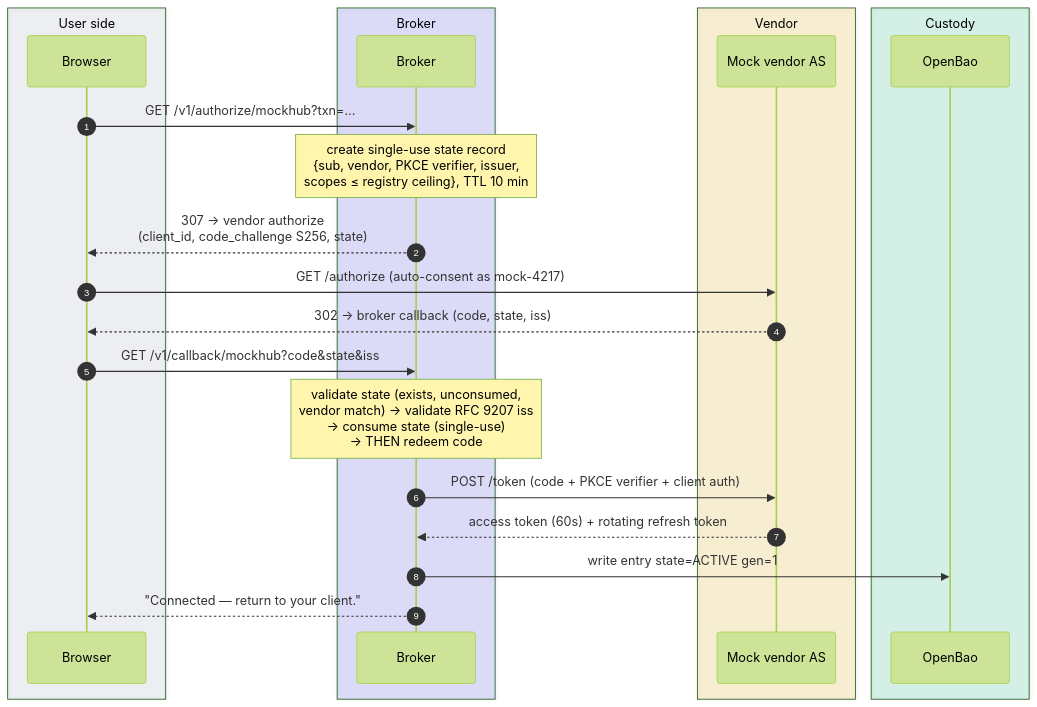
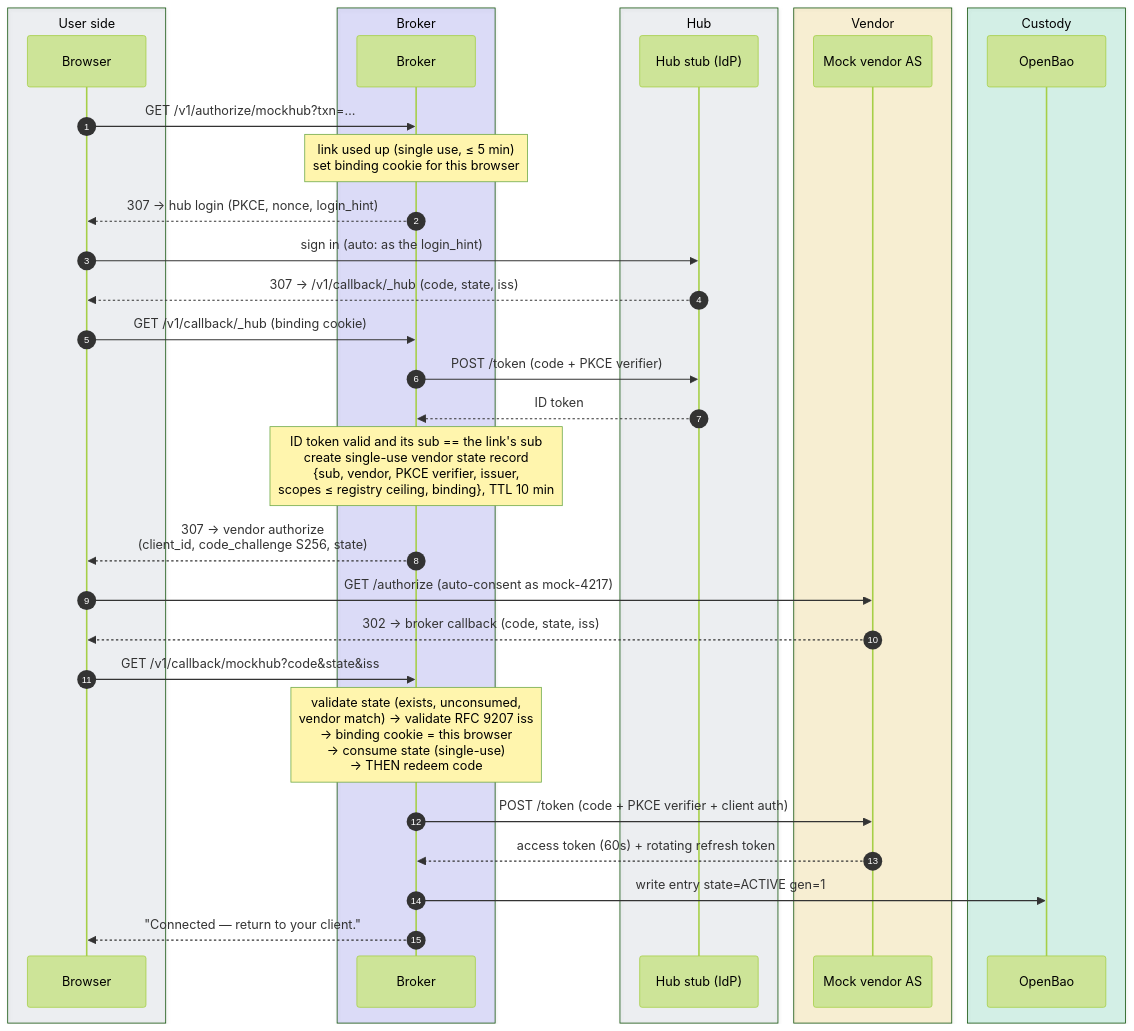
The third of 7 diagrams in docs/smoke-tests.md (chief-builder/vendor-token-broker), drawn with Mermaid (forest theme) before and after one commit. The commit also changed other lines of this file and 24 other files, not shown here.

First line of the commit message:
fix: bind consent to the hub-authenticated user and the browser

````diff
--- a/docs/smoke-tests.md
+++ b/docs/smoke-tests.md
@@ -157,27 +171,37 @@
 ```mermaid
 sequenceDiagram
     autonumber
     box rgba(148,163,184,0.14) User side
         participant UA as Browser
     end
     box rgba(99,102,241,0.20) Broker
         participant B as Broker
     end
+    box rgba(148,163,184,0.14) Hub
+        participant H as Hub stub (IdP)
+    end
     box rgba(234,179,8,0.16) Vendor
         participant M as Mock vendor AS
     end
     box rgba(16,185,129,0.16) Custody
         participant V as OpenBao
     end
     UA->>B: GET /v1/authorize/mockhub?txn=…
-    Note over B: create single-use state record<br/>{sub, vendor, PKCE verifier, issuer,<br/>scopes ≤ registry ceiling}, TTL 10 min
+    Note over B: link used up (single use, ≤ 5 min)<br/>set binding cookie for this browser
+    B-->>UA: 307 → hub login (PKCE, nonce, login_hint)
+    UA->>H: sign in (auto: as the login_hint)
+    H-->>UA: 307 → /v1/callback/_hub (code, state, iss)
+    UA->>B: GET /v1/callback/_hub (binding cookie)
+    B->>H: POST /token (code + PKCE verifier)
+    H-->>B: ID token
+    Note over B: ID token valid and its sub == the link's sub<br/>create single-use vendor state record<br/>{sub, vendor, PKCE verifier, issuer,<br/>scopes ≤ registry ceiling, binding}, TTL 10 min
     B-->>UA: 307 → vendor authorize<br/>(client_id, code_challenge S256, state)
     UA->>M: GET /authorize (auto-consent as mock-4217)
     M-->>UA: 302 → broker callback (code, state, iss)
     UA->>B: GET /v1/callback/mockhub?code&state&iss
-    Note over B: validate state (exists, unconsumed,<br/>vendor match) → validate RFC 9207 iss<br/>→ consume state (single-use)<br/>→ THEN redeem code
+    Note over B: validate state (exists, unconsumed,<br/>vendor match) → validate RFC 9207 iss<br/>→ binding cookie = this browser<br/>→ consume state (single-use)<br/>→ THEN redeem code
     B->>M: POST /token (code + PKCE verifier + client auth)
     M-->>B: access token (60s) + rotating refresh token
     B->>V: write entry state=ACTIVE gen=1
     B-->>UA: "Connected — return to your client."
 ```
````
